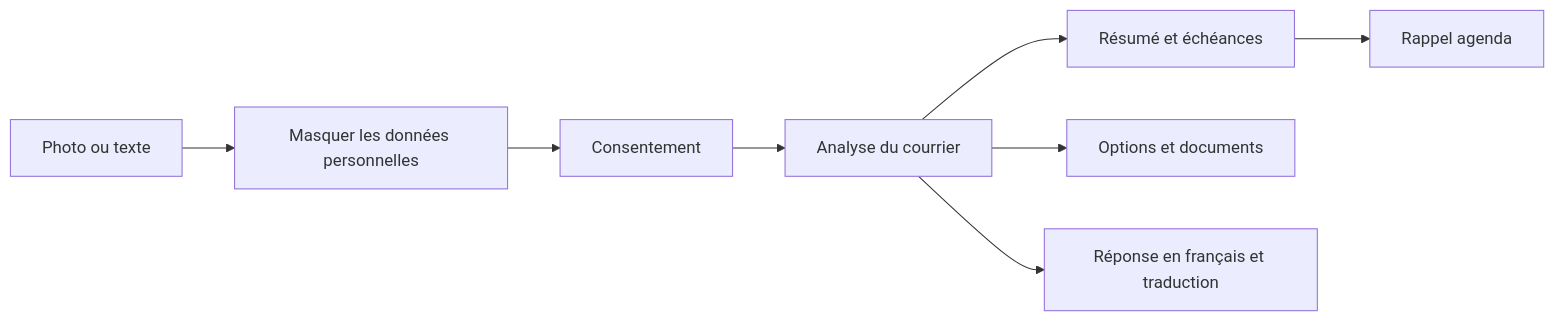
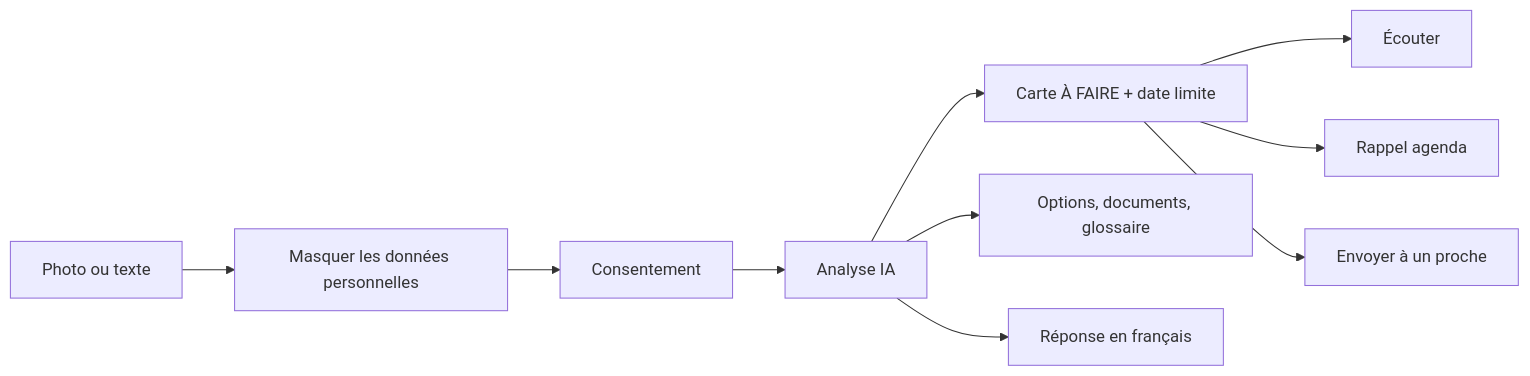
One commit to ahmvdd/decode-courrier changed the diagram in README.md. Above: the diagram before and after it, drawn with Mermaid. The commit also changed other lines of this file and 8 other files, not shown here.

Commit message:
docs: README, architecture, confidentialité, accessibilité et captures

````diff
--- a/README.md
+++ b/README.md
@@ -21,10 +46,12 @@
 ```mermaid
 flowchart LR
     A[Photo ou texte] --> B[Masquer les données personnelles]
     B --> C[Consentement]
-    C --> D[Analyse du courrier]
-    D --> E[Résumé et échéances]
-    D --> F[Options et documents]
-    D --> G[Réponse en français et traduction]
-    E --> H[Rappel agenda]
+    C --> D[Analyse IA]
+    D --> E[Carte À FAIRE + date limite]
+    E --> F[Écouter]
+    E --> G[Rappel agenda]
+    E --> H[Envoyer à un proche]
+    D --> I[Options, documents, glossaire]
+    D --> J[Réponse en français]
 ```
````
